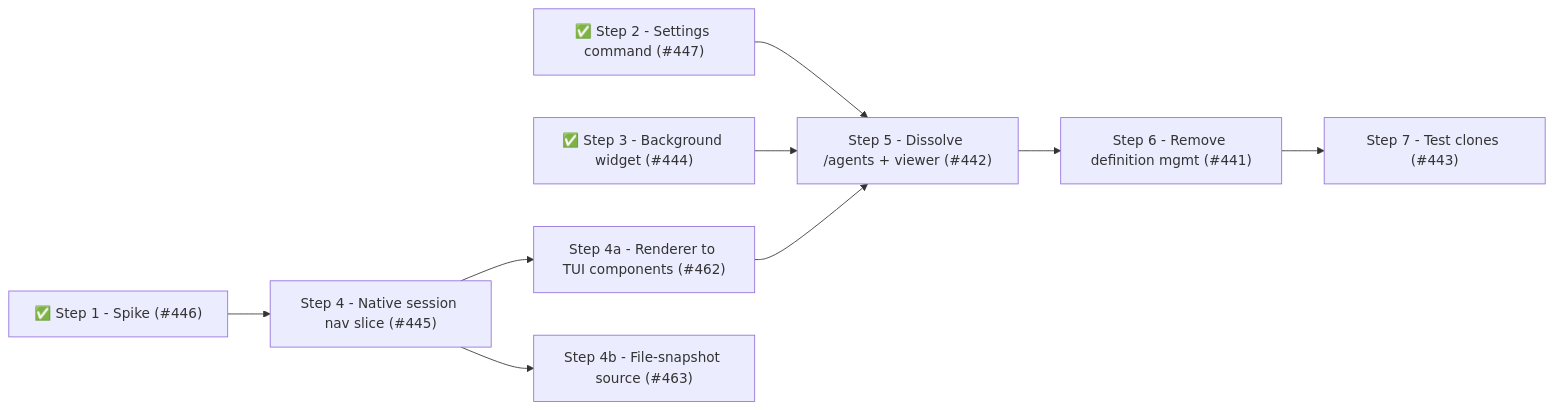
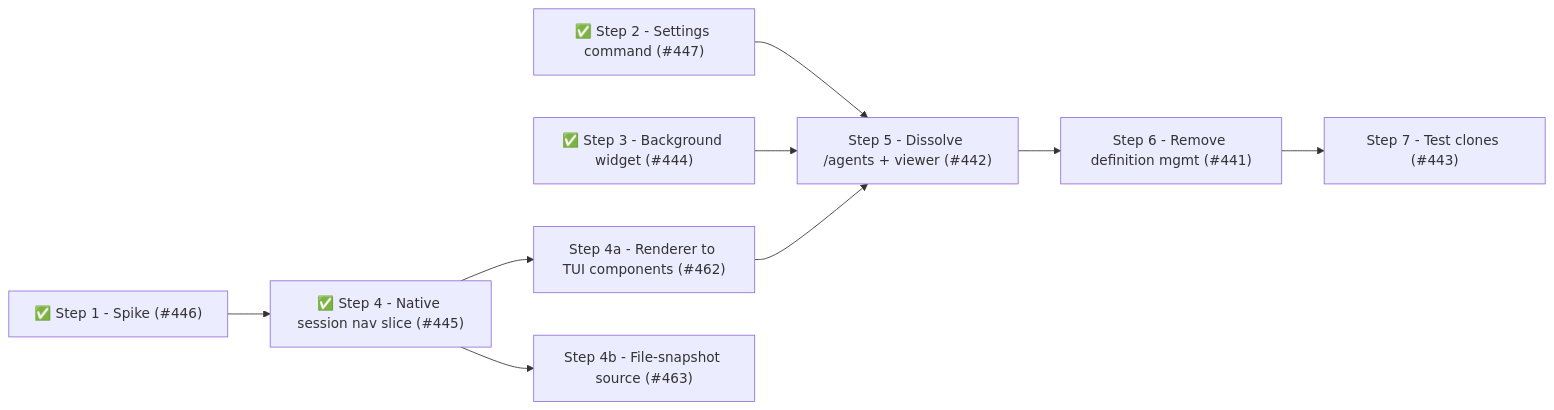
The sixth of 6 diagrams in docs/architecture/architecture.md (ttdua/pi-subagents), drawn with Mermaid before and after one commit. The commit also changed other lines of this file, not shown here.

Commit message:
docs(pi-subagents): mark Phase 19 Step 4 complete (#445 slice shipped)

````diff
--- a/docs/architecture/architecture.md
+++ b/docs/architecture/architecture.md
@@ -1101,21 +1100,21 @@
 ```mermaid
 flowchart LR
     S1["✅ Step 1 - Spike (#446)"]
     S2["✅ Step 2 - Settings command (#447)"]
     S3["✅ Step 3 - Background widget (#444)"]
-    S4["Step 4 - Native session nav slice (#445)"]
+    S4["✅ Step 4 - Native session nav slice (#445)"]
     S4a["Step 4a - Renderer to TUI components (#462)"]
     S4b["Step 4b - File-snapshot source (#463)"]
     S5["Step 5 - Dissolve /agents + viewer (#442)"]
     S6["Step 6 - Remove definition mgmt (#441)"]
     S7["Step 7 - Test clones (#443)"]
 
     S1 --> S4
     S4 --> S4a
     S4 --> S4b
     S2 --> S5
     S3 --> S5
     S4a --> S5
     S5 --> S6
     S6 --> S7
 ```
````
